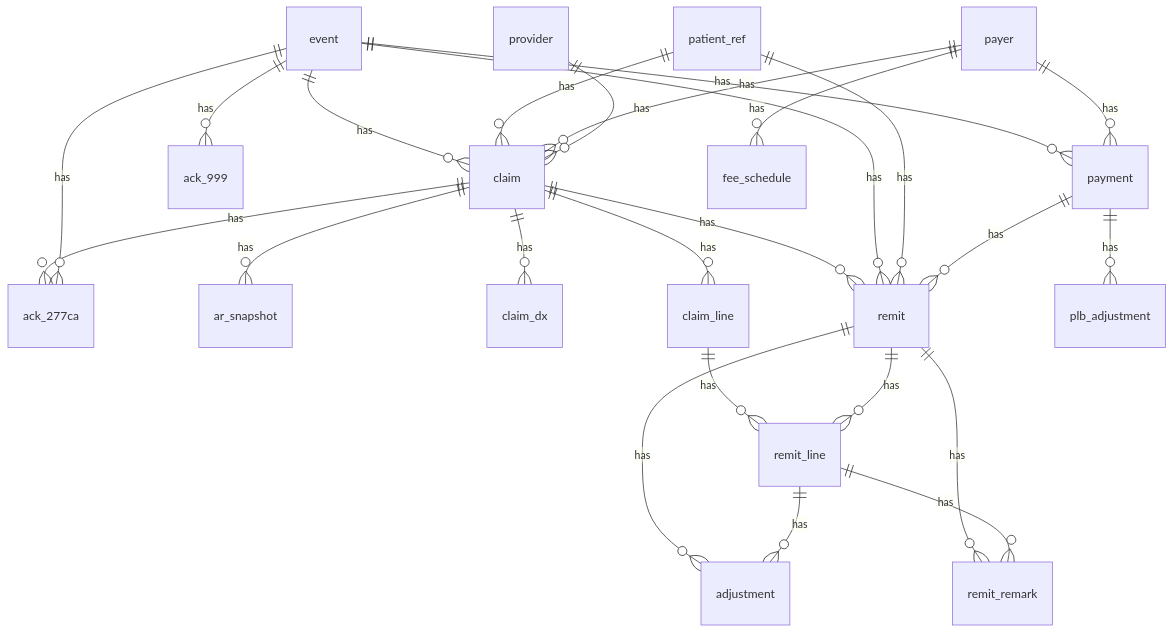
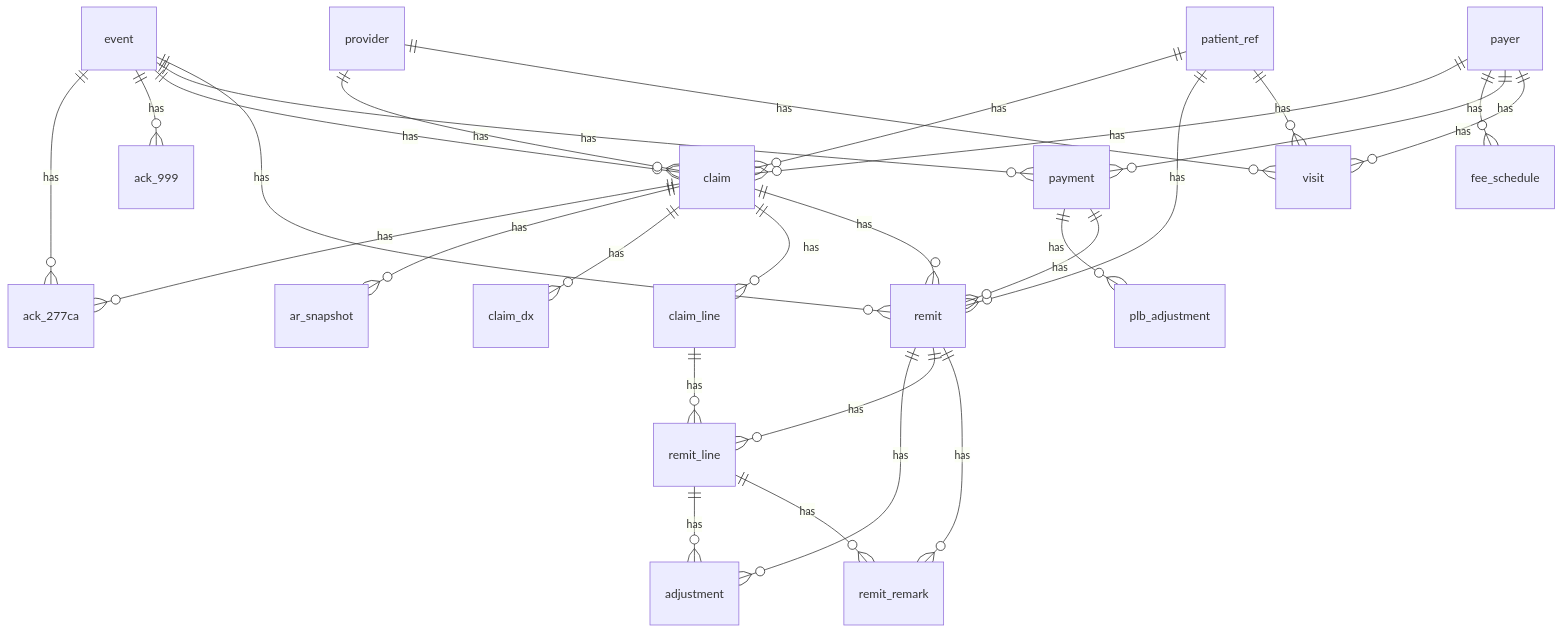
The diagram in docs/data_model.md (Gkecho/KrisnnAI_Agentic_RCM), drawn with Mermaid before and after one commit. The commit also changed other lines of this file and 7 other files, not shown here.

````diff
--- a/docs/data_model.md
+++ b/docs/data_model.md
@@ -25,27 +25,30 @@
 ```mermaid
 erDiagram
     claim ||--o{ ack_277ca : has
     claim ||--o{ ar_snapshot : has
     claim ||--o{ claim_dx : has
     claim ||--o{ claim_line : has
     claim ||--o{ remit : has
     claim_line ||--o{ remit_line : has
     event ||--o{ ack_277ca : has
     event ||--o{ ack_999 : has
     event ||--o{ claim : has
     event ||--o{ payment : has
     event ||--o{ remit : has
     patient_ref ||--o{ claim : has
     patient_ref ||--o{ remit : has
+    patient_ref ||--o{ visit : has
     payer ||--o{ claim : has
     payer ||--o{ fee_schedule : has
     payer ||--o{ payment : has
+    payer ||--o{ visit : has
     payment ||--o{ plb_adjustment : has
     payment ||--o{ remit : has
     provider ||--o{ claim : has
+    provider ||--o{ visit : has
     remit ||--o{ adjustment : has
     remit ||--o{ remit_line : has
     remit ||--o{ remit_remark : has
     remit_line ||--o{ adjustment : has
     remit_line ||--o{ remit_remark : has
 ```
````
